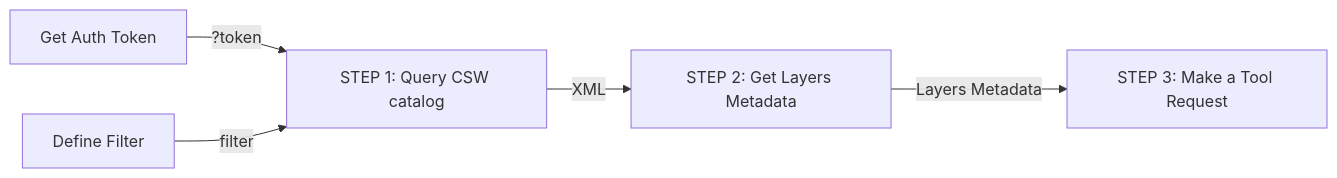
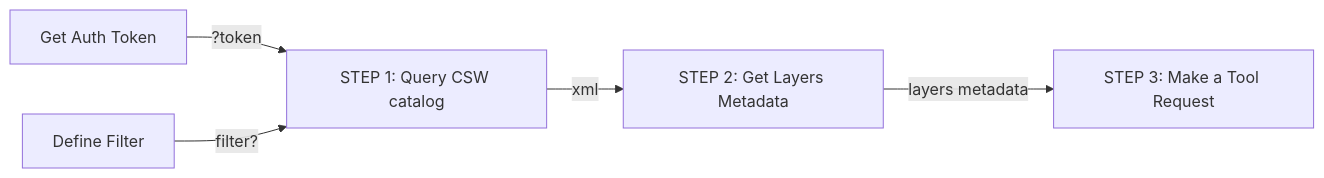
The diagram in docs/MapColonies/3D/services/3dViewer/README.md (MapColonies/developer-portal), drawn with Mermaid before and after one commit. The commit also changed other lines of this file and 1 other file, not shown here.

````diff
--- a/docs/MapColonies/3D/services/3dViewer/README.md
+++ b/docs/MapColonies/3D/services/3dViewer/README.md
@@ -15,7 +15,7 @@
 ```mermaid
 flowchart LR
     A[Get Auth Token]-->|?token| C[STEP 1: Query CSW catalog]
-    B[Define Filter]--> |filter| C
-    C --> |XML| D[STEP 2: Get Layers Metadata]
-    D --> |Layers Metadata| E[STEP 3: Make a Tool Request]
+    B[Define Filter]--> |filter?| C
+    C --> |xml| D[STEP 2: Get Layers Metadata]
+    D --> |layers metadata| E[STEP 3: Make a Tool Request]
 ```
````
